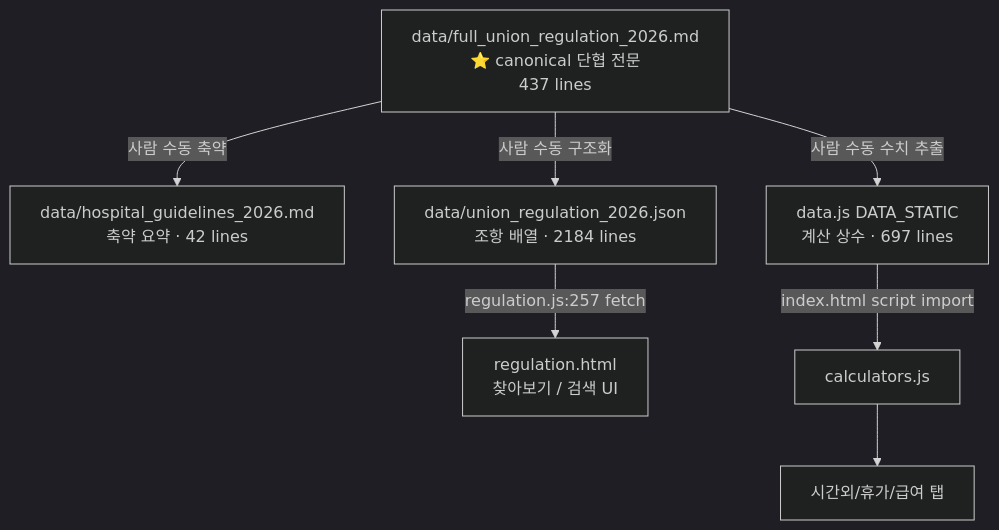
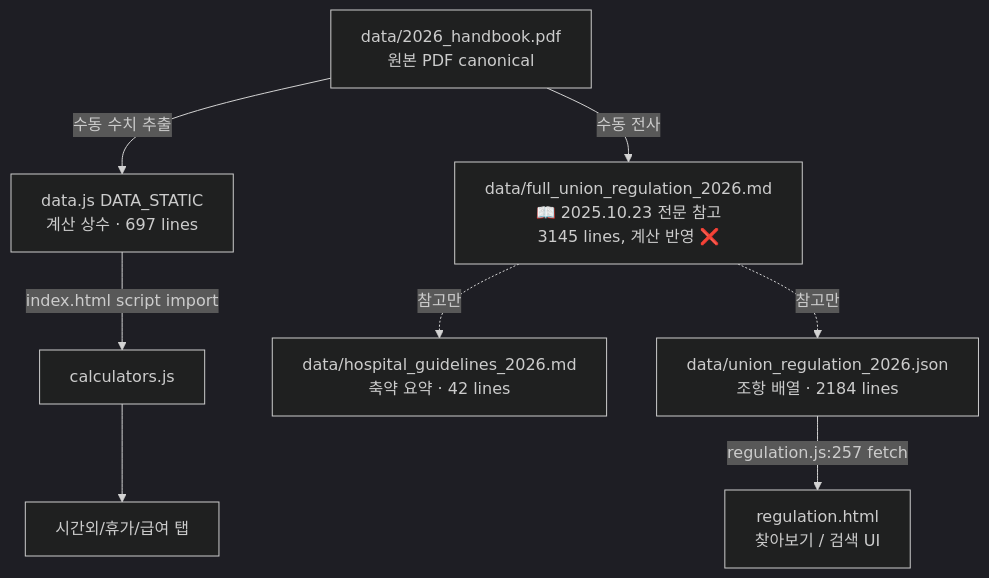
Before and after one commit to UltrasoundSonicBoom/bhm_overtime: the first of 2 diagrams in docs/architecture/data-sources.md, drawn with Mermaid (dark theme). The commit also changed other lines of this file and 2 other files, not shown here.

First line of the commit message:
docs(arch): full_union SoT 재포지셔닝 — '이전 버전 참고 자료', 계산 반영 금지 명시

````diff
--- a/docs/architecture/data-sources.md
+++ b/docs/architecture/data-sources.md
@@ -105,9 +106,11 @@
 ```mermaid
 graph TD
-    FullMD[data/full_union_regulation_2026.md<br/>⭐ canonical 단협 전문<br/>437 lines] -->|사람 수동 축약| GuideMD[data/hospital_guidelines_2026.md<br/>축약 요약 · 42 lines]
-    FullMD -->|사람 수동 구조화| UnionJSON[data/union_regulation_2026.json<br/>조항 배열 · 2184 lines]
-    FullMD -->|사람 수동 수치 추출| DataJS[data.js DATA_STATIC<br/>계산 상수 · 697 lines]
+    FullMD[data/full_union_regulation_2026.md<br/>📖 2025.10.23 전문 참고<br/>3145 lines, 계산 반영 ❌]
+    FullMD -.참고만.-> GuideMD[data/hospital_guidelines_2026.md<br/>축약 요약 · 42 lines]
+    FullMD -.참고만.-> UnionJSON[data/union_regulation_2026.json<br/>조항 배열 · 2184 lines]
+    Handbook[data/2026_handbook.pdf<br/>원본 PDF canonical] -->|수동 수치 추출| DataJS[data.js DATA_STATIC<br/>계산 상수 · 697 lines]
+    Handbook -->|수동 전사| FullMD
     UnionJSON -->|regulation.js:257 fetch| RegHTML[regulation.html<br/>찾아보기 / 검색 UI]
     DataJS -->|index.html script import| CALC[calculators.js]
     CALC --> UI[시간외/휴가/급여 탭]
 ```
````
